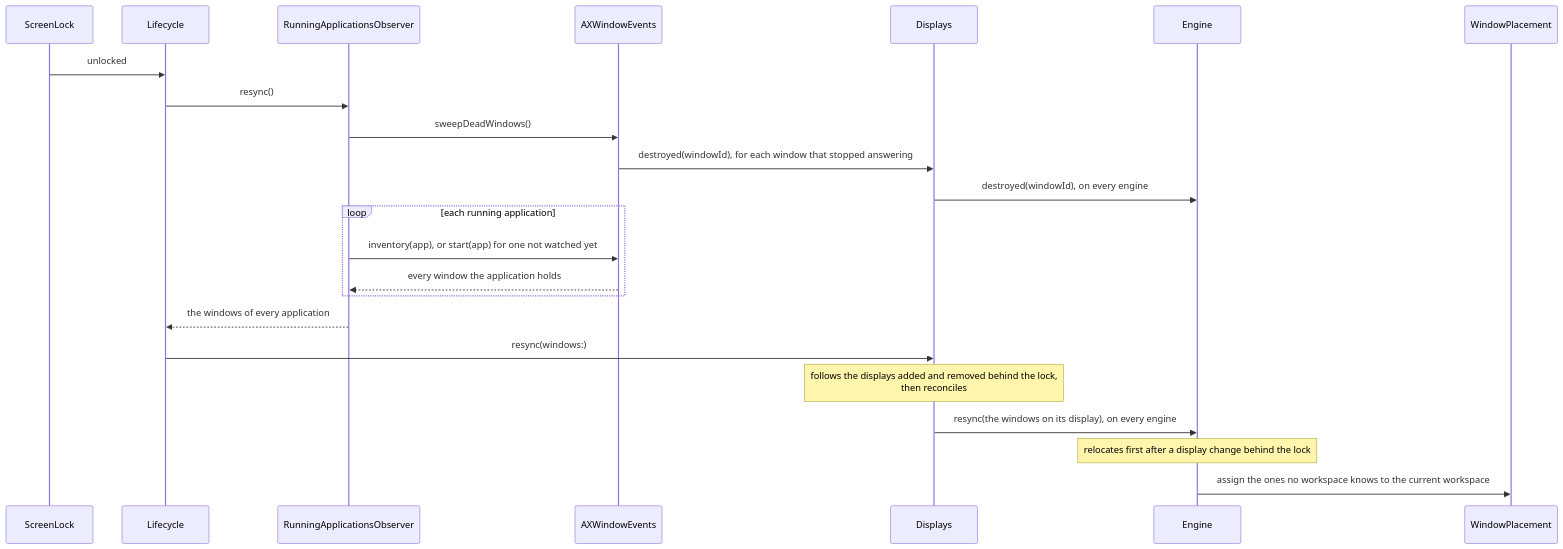
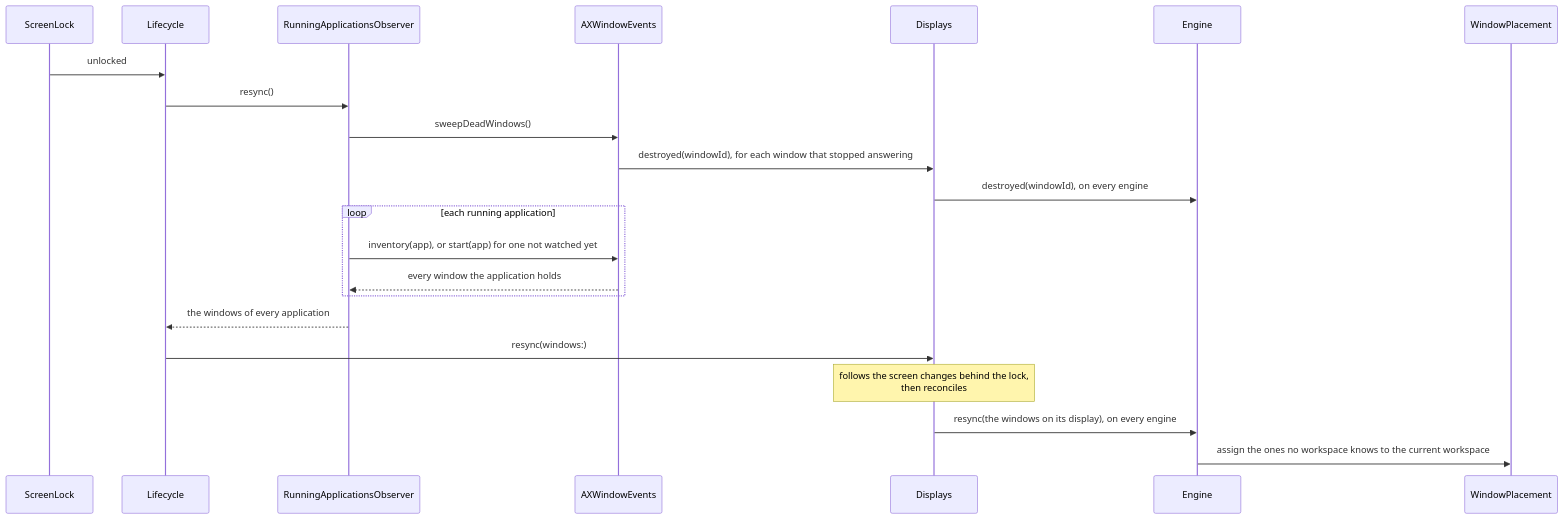
Diagram 23 of 26 in ARCHITECTURE.md (brennovich/ottowm), drawn with Mermaid before and after one commit. The commit also changed other lines of this file and 4 other files, not shown here.

First line of the commit message:
Defer every screen change behind the lock in Displays

````diff
--- a/ARCHITECTURE.md
+++ b/ARCHITECTURE.md
@@ -582,18 +582,17 @@
 ```mermaid
 sequenceDiagram
     ScreenLock->>Lifecycle: unlocked
     Lifecycle->>RunningApplicationsObserver: resync()
     RunningApplicationsObserver->>AXWindowEvents: sweepDeadWindows()
     AXWindowEvents->>Displays: destroyed(windowId), for each window that stopped answering
     Displays->>Engine: destroyed(windowId), on every engine
     loop each running application
         RunningApplicationsObserver->>AXWindowEvents: inventory(app), or start(app) for one not watched yet
         AXWindowEvents-->>RunningApplicationsObserver: every window the application holds
     end
     RunningApplicationsObserver-->>Lifecycle: the windows of every application
     Lifecycle->>Displays: resync(windows:)
-    Note over Displays: follows the displays added and removed behind the lock,<br/>then reconciles
+    Note over Displays: follows the screen changes behind the lock,<br/>then reconciles
     Displays->>Engine: resync(the windows on its display), on every engine
-    Note over Engine: relocates first after a display change behind the lock
     Engine->>WindowPlacement: assign the ones no workspace knows to the current workspace
 ```
````
